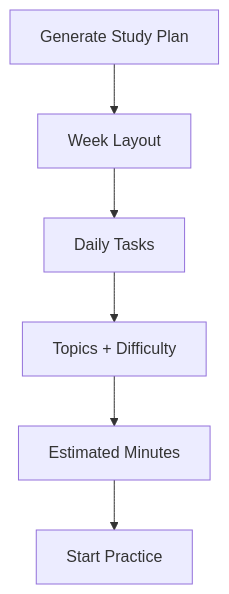
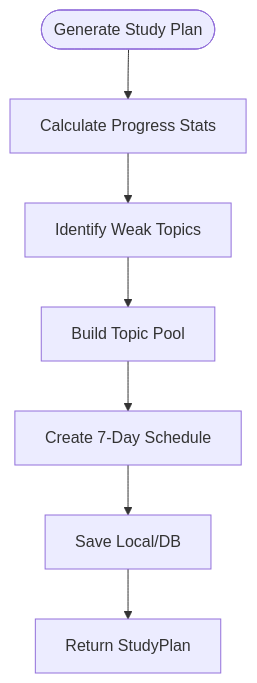
The sixth of 7 diagrams in .qoder/repowiki/en/content/Core Features/Core Features.md (Daniiyal-creates/MedAce-AI), drawn with Mermaid before and after one commit. The commit also changed other lines of this file and 159 other files, not shown here.

````diff
--- a/.qoder/repowiki/en/content/Core Features/Core Features.md
+++ b/.qoder/repowiki/en/content/Core Features/Core Features.md
@@ -181,8 +251,9 @@
 ```mermaid
 flowchart TD
-SP["Generate Study Plan"] --> Week["Week Layout"]
-Week --> Day["Daily Tasks"]
-Day --> Topics["Topics + Difficulty"]
-Topics --> Estimate["Estimated Minutes"]
-Estimate --> Action["Start Practice"]
+StartPlan(["Generate Study Plan"]) --> Stats["Calculate Progress Stats"]
+Stats --> WeakTopics["Identify Weak Topics"]
+WeakTopics --> Pool["Build Topic Pool"]
+Pool --> Days["Create 7-Day Schedule"]
+Days --> Persist["Save Local/DB"]
+Persist --> Output["Return StudyPlan"]
 ```
````
